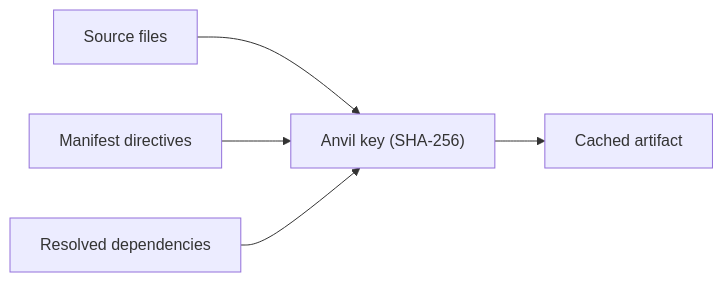
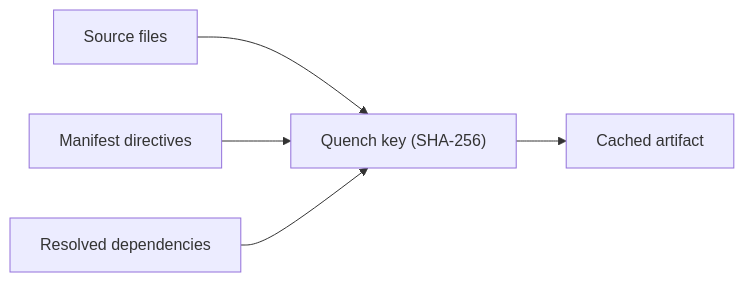
Before and after one commit to cbnventures/nova-demos: the diagram in apps/demo-foundry/docs/core/incremental-builds.mdx, drawn with Mermaid. The commit also changed other lines of this file and 144 other files, not shown here.

````diff
--- a/apps/demo-foundry/docs/core/incremental-builds.mdx
+++ b/apps/demo-foundry/docs/core/incremental-builds.mdx
@@ -49,7 +52,7 @@
 ```mermaid
 flowchart LR
   Source["Source files"] --> Hash
   Manifest["Manifest directives"] --> Hash
   Deps["Resolved dependencies"] --> Hash
-  Hash["Anvil key (SHA-256)"] --> Object["Cached artifact"]
+  Hash["Quench key (SHA-256)"] --> Object["Cached artifact"]
 ```
````
